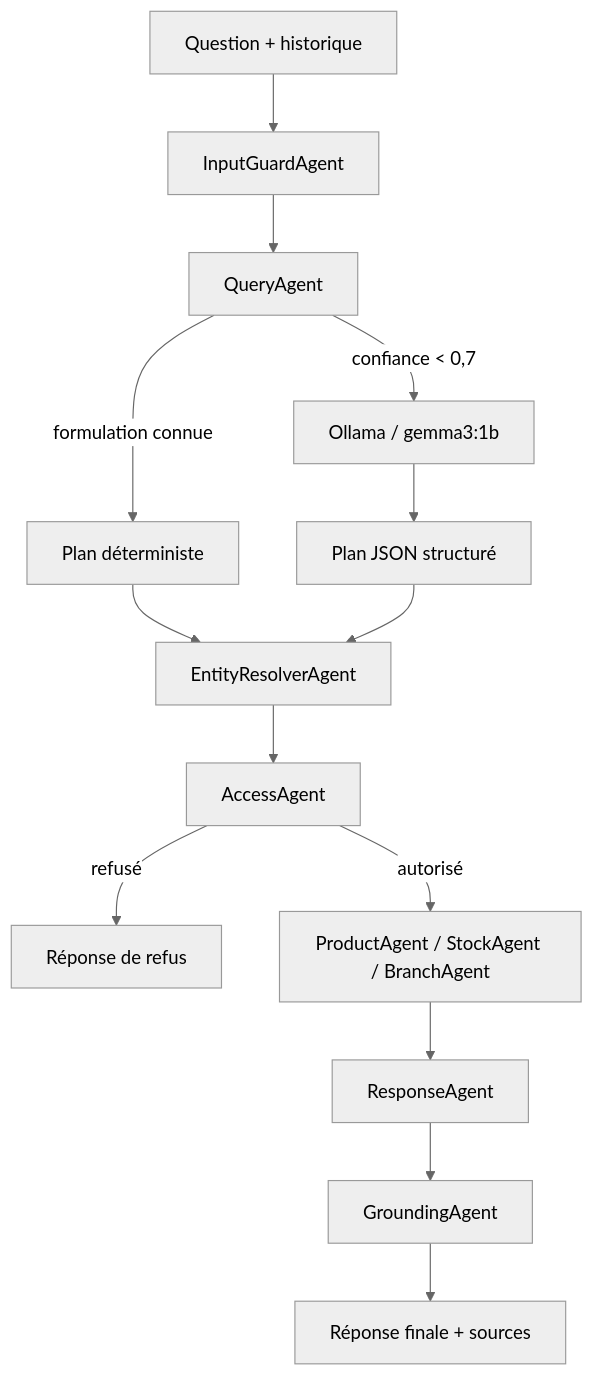
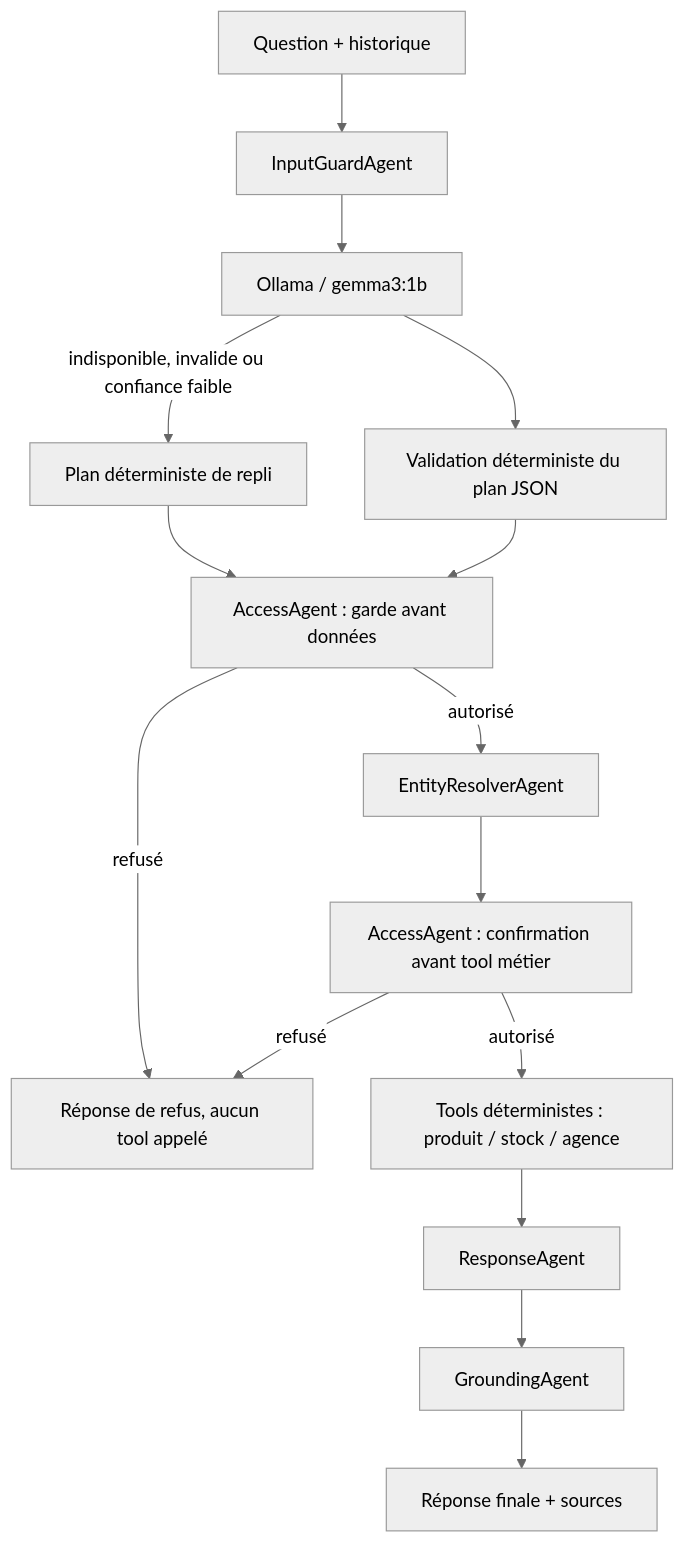
One commit to Thomas-lab17/HBntory changed the third of 3 diagrams in docs/ai_agent_architecture_and_session_summary.md. Above: the diagram before and after it, drawn with Mermaid (neutral theme). The commit also changed other lines of this file and 13 other files, not shown here.

````diff
--- a/docs/ai_agent_architecture_and_session_summary.md
+++ b/docs/ai_agent_architecture_and_session_summary.md
@@ -90,16 +91,17 @@
 ```mermaid
 flowchart TD
     Question["Question + historique"] --> Guard["InputGuardAgent"]
-    Guard --> Query["QueryAgent"]
-    Query -->|"formulation connue"| Rules["Plan déterministe"]
-    Query -->|"confiance < 0,7"| LLM["Ollama / gemma3:1b"]
-    LLM --> Plan["Plan JSON structuré"]
-    Rules --> Resolve["EntityResolverAgent"]
-    Plan --> Resolve
-    Resolve --> Access["AccessAgent"]
-    Access -->|"refusé"| Denied["Réponse de refus"]
-    Access -->|"autorisé"| Specialized["ProductAgent / StockAgent / BranchAgent"]
+    Guard --> LLM["Ollama / gemma3:1b"]
+    LLM --> Validate["Validation déterministe du plan JSON"]
+    LLM -->|"indisponible, invalide ou confiance faible"| Rules["Plan déterministe de repli"]
+    Rules --> Access1
+    Validate --> Access1["AccessAgent : garde avant données"]
+    Access1 -->|"refusé"| Denied["Réponse de refus, aucun tool appelé"]
+    Access1 -->|"autorisé"| Resolve["EntityResolverAgent"]
+    Resolve --> Access2["AccessAgent : confirmation avant tool métier"]
+    Access2 -->|"refusé"| Denied
+    Access2 -->|"autorisé"| Specialized["Tools déterministes : produit / stock / agence"]
     Specialized --> Response["ResponseAgent"]
     Response --> Grounding["GroundingAgent"]
     Grounding --> Answer["Réponse finale + sources"]
 ```
````
